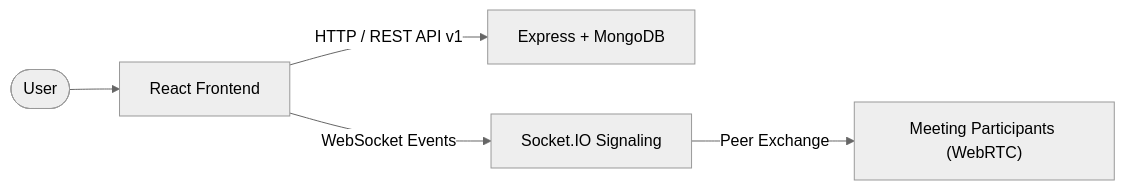
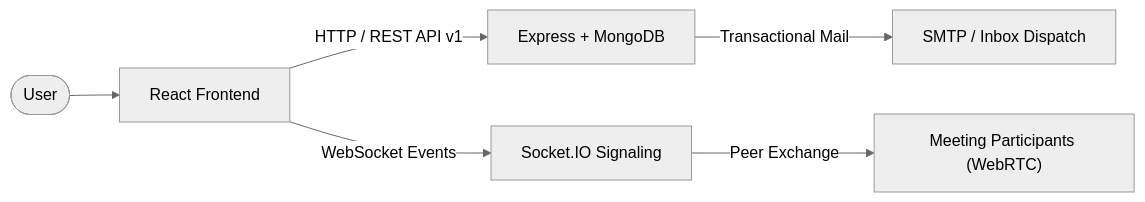
Before and after one commit to Sekhar01807/Novacall: the second of 3 diagrams in README.md, drawn with Mermaid (neutral theme). The commit also changed other lines of this file, not shown here.

Commit message:
docs: update README with Nodemailer SMTP email service, HttpOnly auth & calendar invites

````diff
--- a/README.md
+++ b/README.md
@@ -102,7 +111,8 @@
 ```mermaid
 flowchart LR
     User([User]) --> App[React Frontend]
     App -->|"HTTP / REST API v1"| Backend["Express + MongoDB"]
+    Backend -->|"Transactional Mail"| Mail["SMTP / Inbox Dispatch"]
     App -->|"WebSocket Events"| Signaling["Socket.IO Signaling"]
     Signaling -->|"Peer Exchange"| Peers["Meeting Participants (WebRTC)"]
 ```
````
